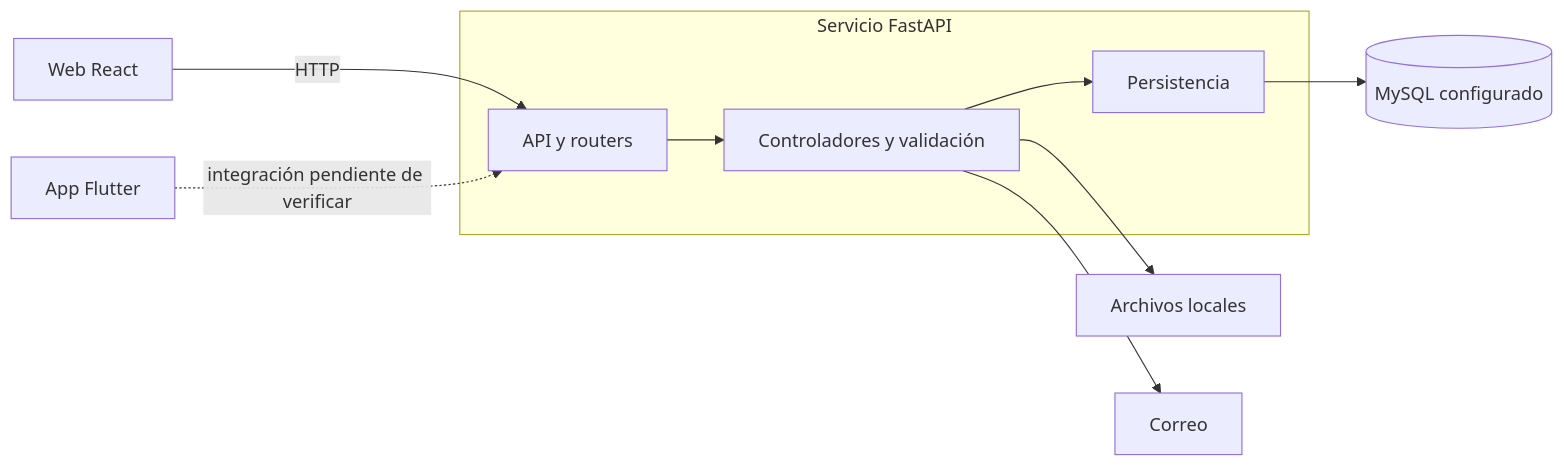
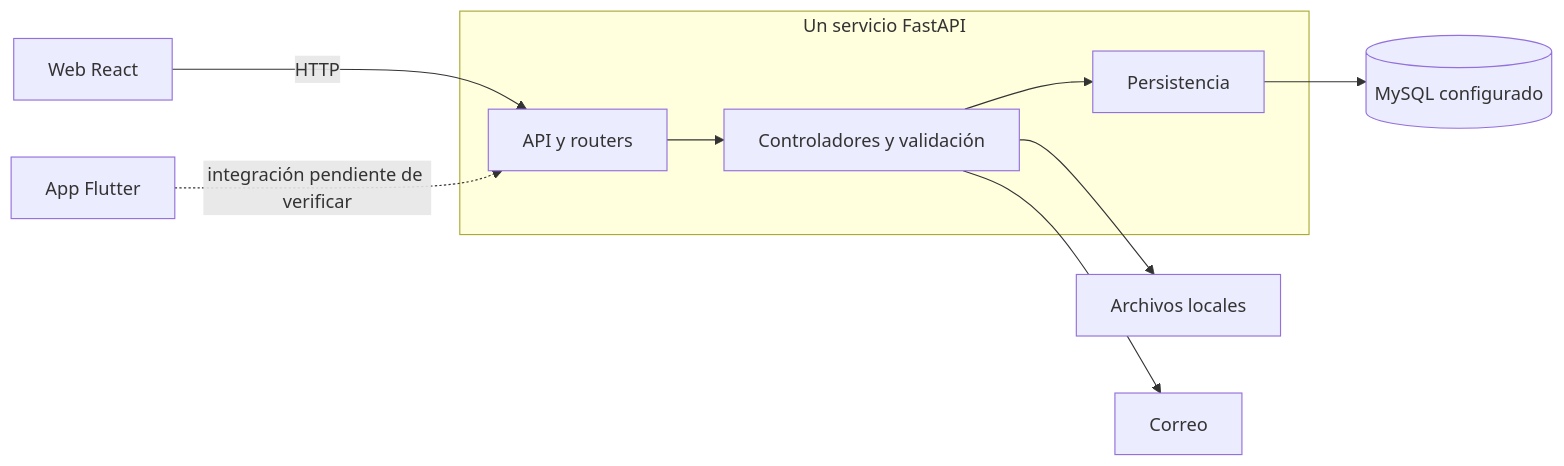
One commit to Aerxs666/FOCCUS-RF changed the diagram in sustentacion t6/README.md. Above: the diagram before and after it, drawn with Mermaid. The commit also changed other lines of this file and 1 other file, not shown here.

````diff
--- a/sustentacion t6/README.md
+++ b/sustentacion t6/README.md
@@ -134,12 +136,12 @@
 ```mermaid
 flowchart LR
   W[Web React] -->|HTTP| API
   M[App Flutter] -.->|integración pendiente de verificar| API
-  subgraph B["Servicio FastAPI"]
+  subgraph B["Un servicio FastAPI"]
     API[API y routers] --> L[Controladores y validación]
     L --> ORM[Persistencia]
   end
   ORM --> DB[(MySQL configurado)]
   L --> FS[Archivos locales]
   L --> MAIL[Correo]
 ```
````
